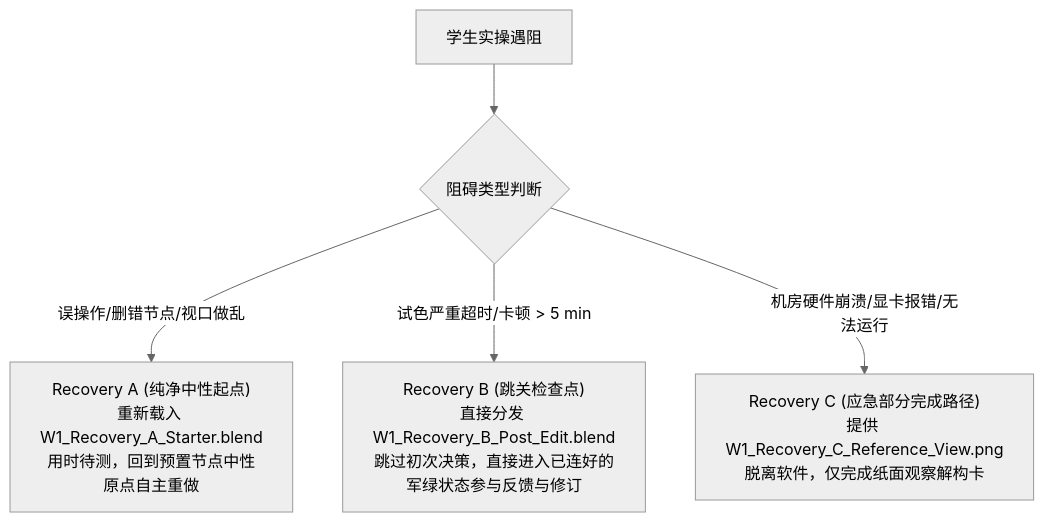
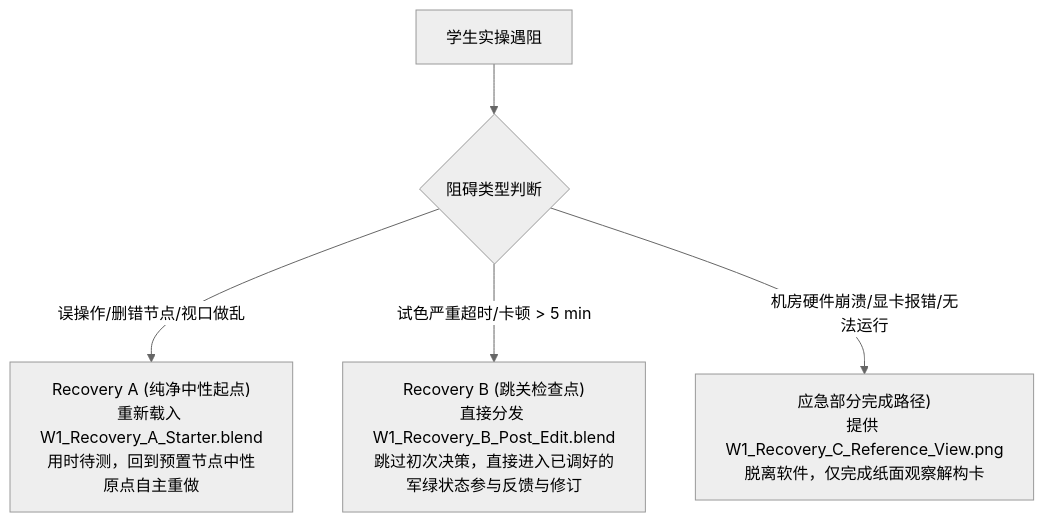
Before and after one commit to carllx/corso-pbr-materials: the diagram in docs/research/week1-executable-teaching-package-v0.1.md, drawn with Mermaid (neutral theme). The commit also changed other lines of this file and 6 other files, not shown here.

````diff
--- a/docs/research/week1-executable-teaching-package-v0.1.md
+++ b/docs/research/week1-executable-teaching-package-v0.1.md
@@ -268,7 +269,7 @@
 ```mermaid
 flowchart TD
     Start["学生实操遇阻"] --> Cond{"阻碍类型判断"}
     Cond -->|误操作/删错节点/视口做乱| RecA["Recovery A (纯净中性起点)<br>重新载入 W1_Recovery_A_Starter.blend<br>用时待测，回到预置节点中性原点自主重做"]
-    Cond -->|试色严重超时/卡顿 > 5 min| RecB["Recovery B (跳关检查点)<br>直接分发 W1_Recovery_B_Post_Edit.blend<br>跳过初次决策，直接进入已连好的军绿状态参与反馈与修订"]
-    Cond -->|机房硬件崩溃/显卡报错/无法运行| RecC["Recovery C (应急部分完成路径)<br>提供 W1_Recovery_C_Reference_View.png<br>脱离软件，仅完成纸面观察解构卡"]
+    Cond -->|试色严重超时/卡顿 > 5 min| RecB["Recovery B (跳关检查点)<br>直接分发 W1_Recovery_B_Post_Edit.blend<br>跳过初次决策，直接进入已调好的军绿状态参与反馈与修订"]
+    Cond -->|机房硬件崩溃/显卡报错/无法运行| RecC["应急部分完成路径)<br>提供 W1_Recovery_C_Reference_View.png<br>脱离软件，仅完成纸面观察解构卡"]
 ```
````
